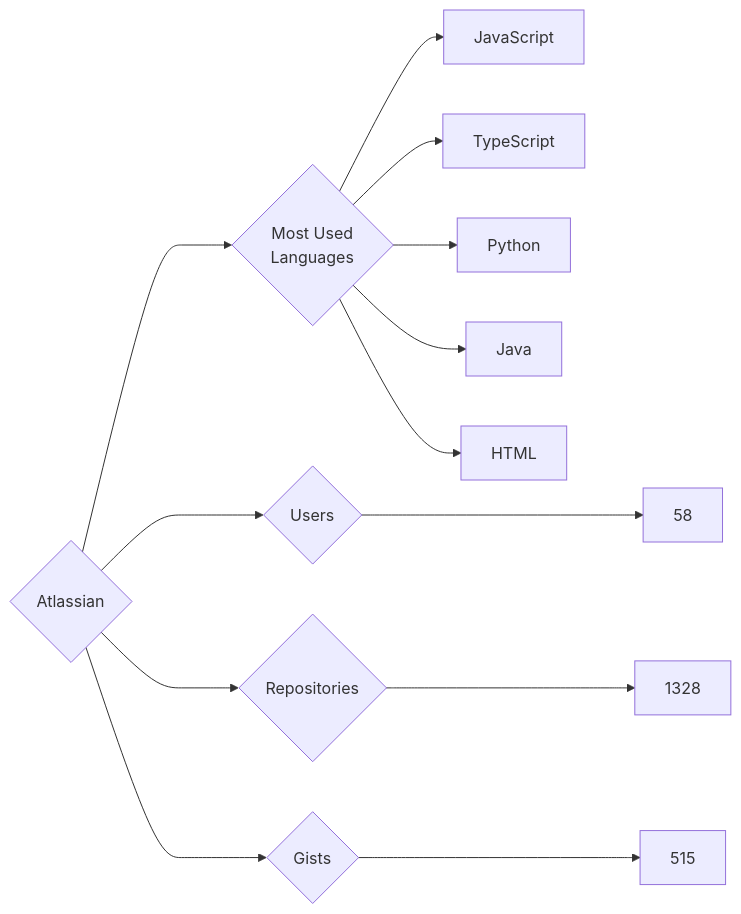
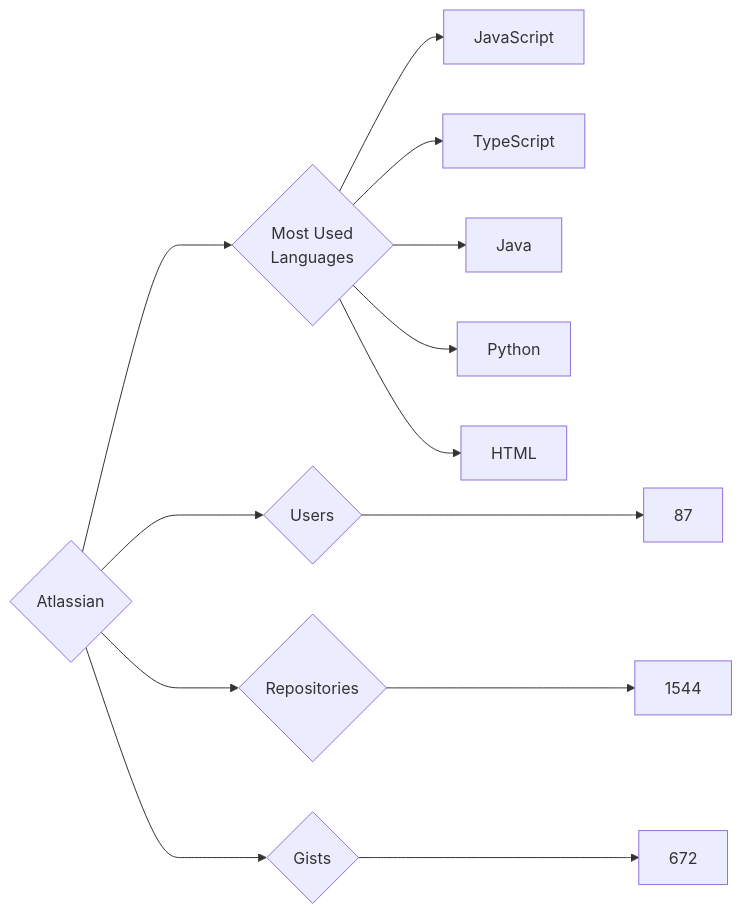
Before and after one commit to trickest/insiders: the diagram in targets/Atlassian/README.md, drawn with Mermaid. The commit also changed 823 other files, not shown here.

````diff
--- a/targets/Atlassian/README.md
+++ b/targets/Atlassian/README.md
@@ -3,13 +3,13 @@
 ```mermaid
 graph LR
 COMPANY_NAME{Atlassian}
-COMPANY_NAME ---> U{Users} ---> UN[58]
-COMPANY_NAME ---> R{Repositories} ---> RN[1328]
-COMPANY_NAME ---> G{Gists} ---> GN[515]
+COMPANY_NAME ---> U{Users} ---> UN[87]
+COMPANY_NAME ---> R{Repositories} ---> RN[1544]
+COMPANY_NAME ---> G{Gists} ---> GN[672]
 COMPANY_NAME ---> ML{Most Used<br>Languages}
 ML --> JavaScript[JavaScript]
 ML --> TypeScript[TypeScript]
+ML --> Java[Java]
 ML --> Python[Python]
-ML --> Java[Java]
 ML --> HTML[HTML]
 ```
````
